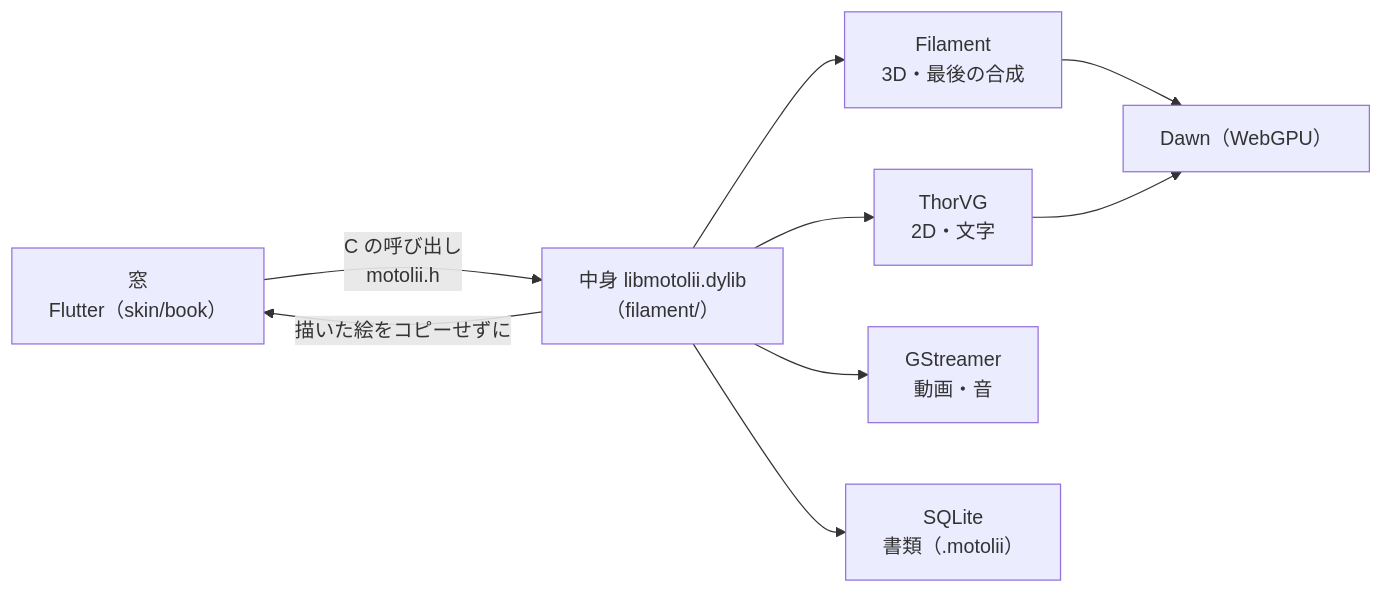
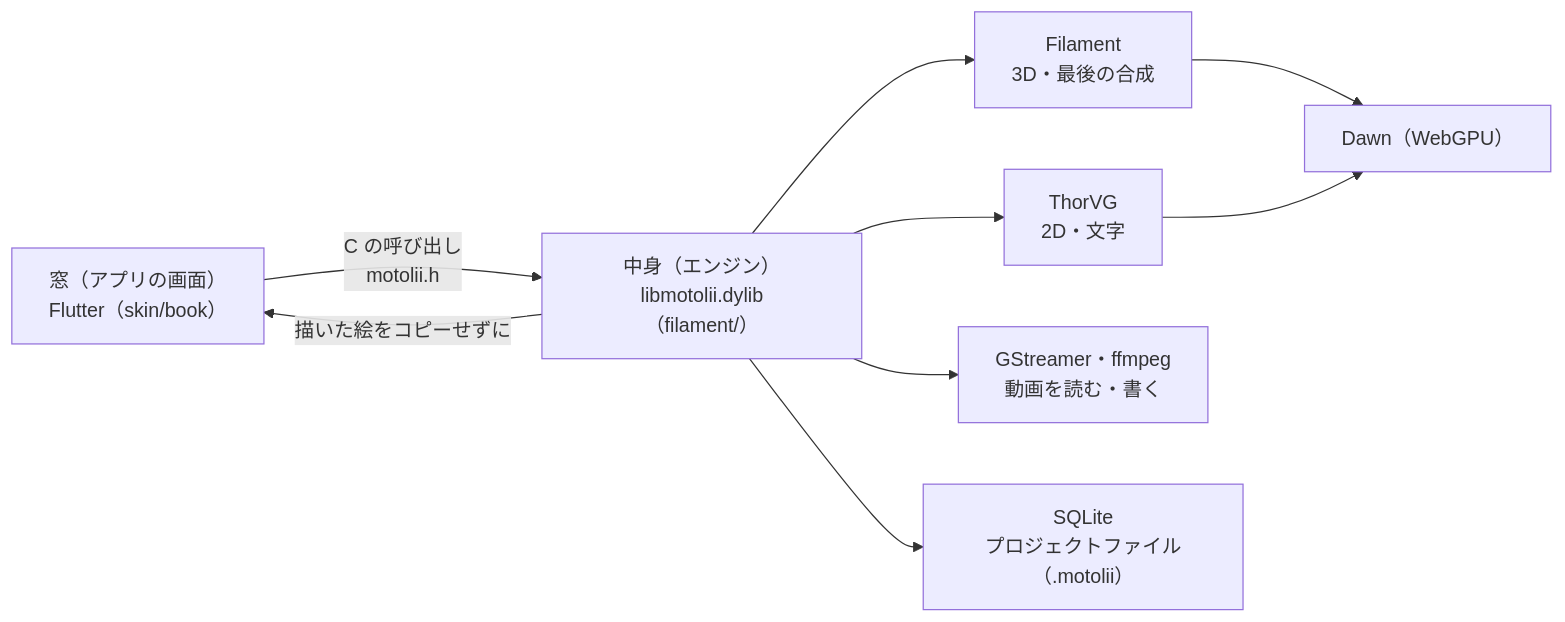
Before and after one commit to oshikaidesu/Motolii: the diagram in README.md, drawn with Mermaid. The commit also changed other lines of this file and 16 other files, not shown here.

````diff
--- a/README.md
+++ b/README.md
@@ -41,11 +53,11 @@
 ```mermaid
 flowchart LR
-  W["窓<br/>Flutter（skin/book）"] -- "C の呼び出し<br/>motolii.h" --> E["中身 libmotolii.dylib<br/>（filament/）"]
+  W["窓（アプリの画面）<br/>Flutter（skin/book）"] -- "C の呼び出し<br/>motolii.h" --> E["中身（エンジン）libmotolii.dylib<br/>（filament/）"]
   E --> F["Filament<br/>3D・最後の合成"]
   E --> T["ThorVG<br/>2D・文字"]
-  E --> G["GStreamer<br/>動画・音"]
-  E --> S["SQLite<br/>書類（.motolii）"]
+  E --> G["GStreamer・ffmpeg<br/>動画を読む・書く"]
+  E --> S["SQLite<br/>プロジェクトファイル（.motolii）"]
   F --> D["Dawn（WebGPU）"]
   T --> D
   E -- "描いた絵をコピーせずに" --> W
 ```
````
